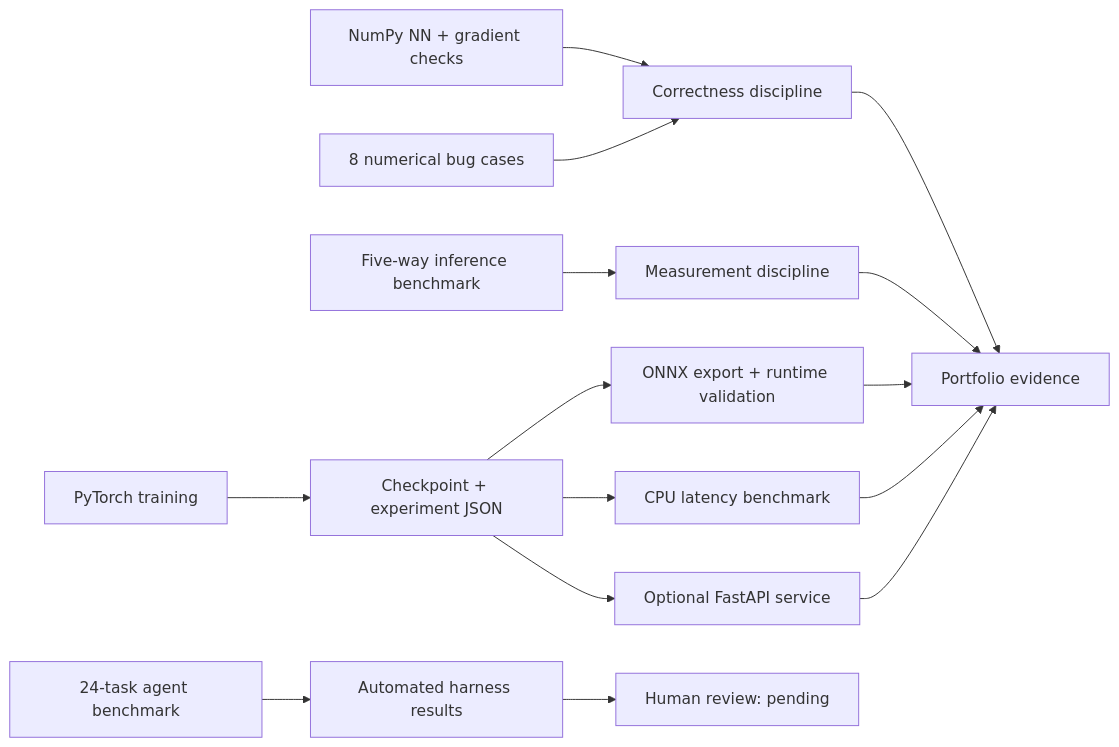
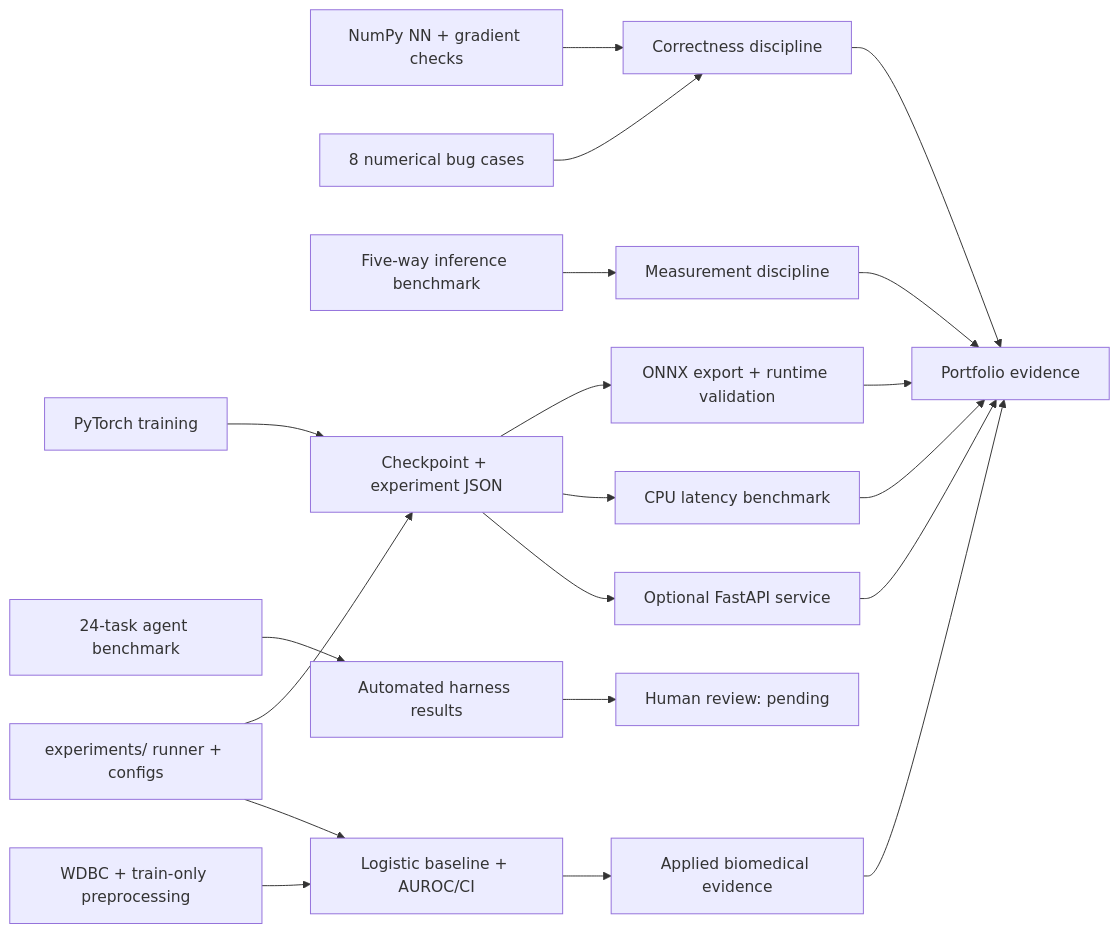
The diagram in README.md (yazanus94-dot/ML-Engineering-Portfolio_proj), drawn with Mermaid before and after one commit. The commit also changed other lines of this file and 40 other files, not shown here.

````diff
--- a/README.md
+++ b/README.md
@@ -77,17 +104,22 @@
 ```mermaid
 flowchart LR
     A[NumPy NN + gradient checks] --> D[Correctness discipline]
     B[8 numerical bug cases] --> D
     C[Five-way inference benchmark] --> E[Measurement discipline]
     F[PyTorch training] --> G[Checkpoint + experiment JSON]
     G --> H[ONNX export + runtime validation]
     G --> I[CPU latency benchmark]
     G --> J[Optional FastAPI service]
     K[24-task agent benchmark] --> L[Automated harness results]
     L --> M[Human review: pending]
+    P[WDBC + train-only preprocessing] --> Q[Logistic baseline + AUROC/CI]
+    Q --> R[Applied biomedical evidence]
     D --> N[Portfolio evidence]
     E --> N
     H --> N
     I --> N
     J --> N
+    R --> N
+    S[experiments/ runner + configs] --> G
+    S --> Q
 ```
````
